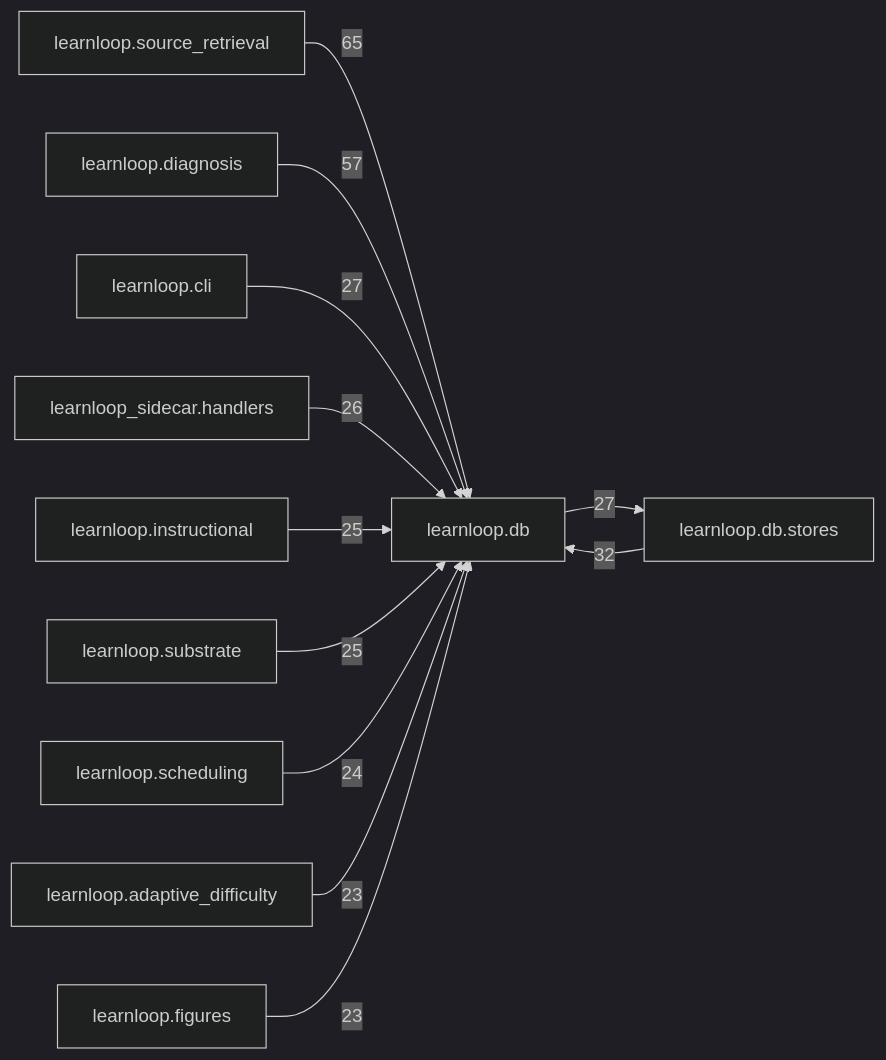
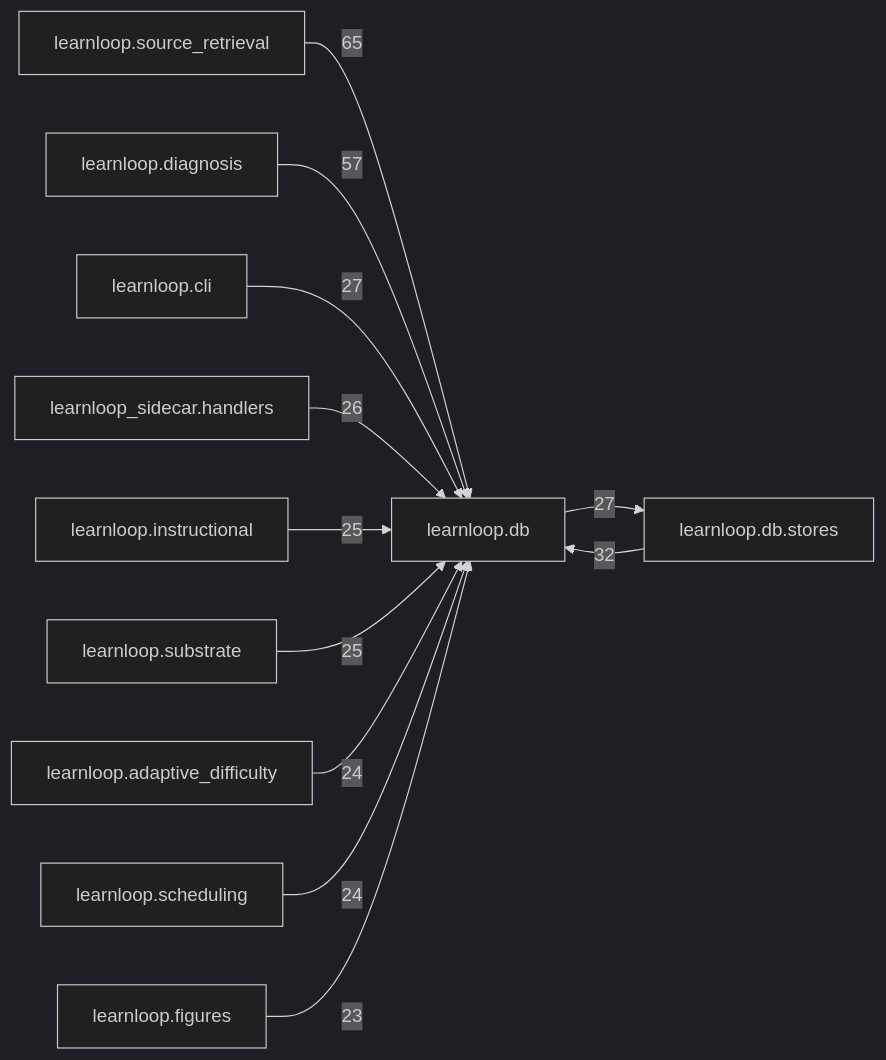
Before and after one commit to 6up-b/learnanything: the diagram in docs/learnloop-architecture-vault/Reference/Modules/learnloop/db/_package.md, drawn with Mermaid (dark theme). The commit also changed other lines of this file and 51 other files, not shown here.

````diff
--- a/docs/learnloop-architecture-vault/Reference/Modules/learnloop/db/_package.md
+++ b/docs/learnloop-architecture-vault/Reference/Modules/learnloop/db/_package.md
@@ -147,25 +147,25 @@
 ```mermaid
 flowchart LR
     center["learnloop.db"]
     n_learnloop_source_retrieval["learnloop.source_retrieval"]
     n_learnloop_db_stores["learnloop.db.stores"]
     n_learnloop_diagnosis["learnloop.diagnosis"]
     n_learnloop_cli["learnloop.cli"]
     n_learnloop_sidecar_handlers["learnloop_sidecar.handlers"]
     n_learnloop_instructional["learnloop.instructional"]
     n_learnloop_substrate["learnloop.substrate"]
+    n_learnloop_adaptive_difficulty["learnloop.adaptive_difficulty"]
     n_learnloop_scheduling["learnloop.scheduling"]
-    n_learnloop_adaptive_difficulty["learnloop.adaptive_difficulty"]
     n_learnloop_figures["learnloop.figures"]
     n_learnloop_source_retrieval -->|65| center
     n_learnloop_db_stores -->|32| center
     center -->|27| n_learnloop_db_stores
     n_learnloop_diagnosis -->|57| center
     n_learnloop_cli -->|27| center
     n_learnloop_sidecar_handlers -->|26| center
     n_learnloop_instructional -->|25| center
     n_learnloop_substrate -->|25| center
+    n_learnloop_adaptive_difficulty -->|24| center
     n_learnloop_scheduling -->|24| center
-    n_learnloop_adaptive_difficulty -->|23| center
     n_learnloop_figures -->|23| center
 ```
````
